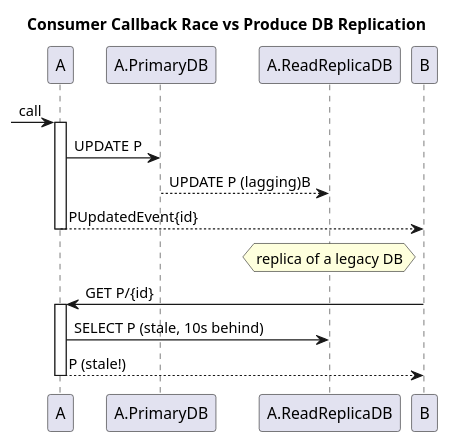
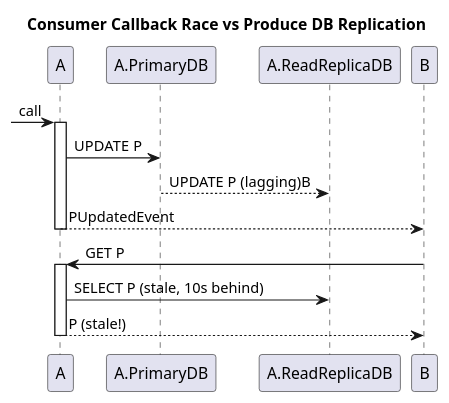
The diagram in patterns/3_race_c_p_[story]calback_vs_db_replication.puml (victorrentea/kafka), drawn with PlantUML before and after one commit.

Commit message:
+1 eshop

```diff
--- a/patterns/3_race_c_p_[story]calback_vs_db_replication.puml
+++ b/patterns/3_race_c_p_[story]calback_vs_db_replication.puml
@@ -1,14 +1,13 @@
 @startuml
 title Consumer Callback Race vs Produce DB Replication
 
 -> A++:call
 A -> A.PrimaryDB : UPDATE P
 A.PrimaryDB --> A.ReadReplicaDB: UPDATE P (lagging)B
-B<--A--: PUpdatedEvent{id}
+B<--A--: PUpdatedEvent
 
-hnote over A.ReadReplicaDB: replica of a legacy DB
-B ->A++: GET P/{id}
+B ->A++: GET P
 A->A.ReadReplicaDB: SELECT P (stale, 10s behind)
 B<--A--: P (stale!)
 
 @enduml
```
